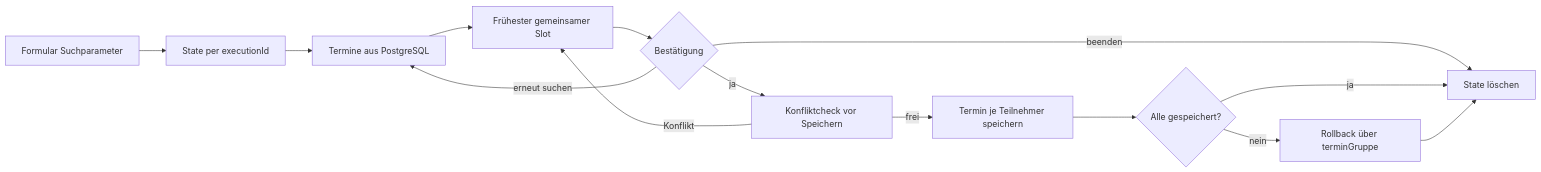
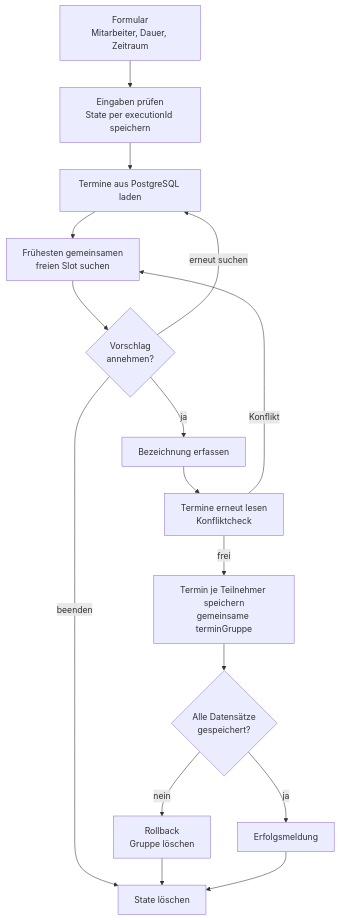
One commit to alexruppeldev/automation-portfolio changed the diagram in case-terminfinder/README.md. Above: the diagram before and after it, drawn with Mermaid. The commit also changed other lines of this file and 3 other files, not shown here.

First line of the commit message:
Ablaufdiagramme vertikal und lesbarer

````diff
--- a/case-terminfinder/README.md
+++ b/case-terminfinder/README.md
@@ -15,16 +15,18 @@
 ```mermaid
-flowchart LR
-  A[Formular Suchparameter] --> B[State per executionId]
-  B --> C[Termine aus PostgreSQL]
-  C --> D[Frühester gemeinsamer Slot]
-  D --> E{Bestätigung}
-  E -->|erneut suchen| C
-  E -->|beenden| H[State löschen]
-  E -->|ja| F[Konfliktcheck vor Speichern]
-  F -->|Konflikt| D
-  F -->|frei| G[Termin je Teilnehmer speichern]
-  G --> I{Alle gespeichert?}
-  I -->|nein| J[Rollback über terminGruppe]
-  I -->|ja| H
-  J --> H
+flowchart TB
+  A["Formular<br/>Mitarbeiter, Dauer, Zeitraum"] --> B["Eingaben prüfen<br/>State per executionId speichern"]
+  B --> C["Termine aus PostgreSQL laden"]
+  C --> D["Frühesten gemeinsamen<br/>freien Slot suchen"]
+  D --> E{"Vorschlag<br/>annehmen?"}
+  E -- "erneut suchen" --> C
+  E -- "beenden" --> Z["State löschen"]
+  E -- "ja" --> F["Bezeichnung erfassen"]
+  F --> G["Termine erneut lesen<br/>Konfliktcheck"]
+  G -- "Konflikt" --> D
+  G -- "frei" --> H["Termin je Teilnehmer speichern<br/>gemeinsame terminGruppe"]
+  H --> I{"Alle Datensätze<br/>gespeichert?"}
+  I -- "nein" --> J["Rollback<br/>Gruppe löschen"]
+  I -- "ja" --> K["Erfolgsmeldung"]
+  J --> Z
+  K --> Z
 ```
````
